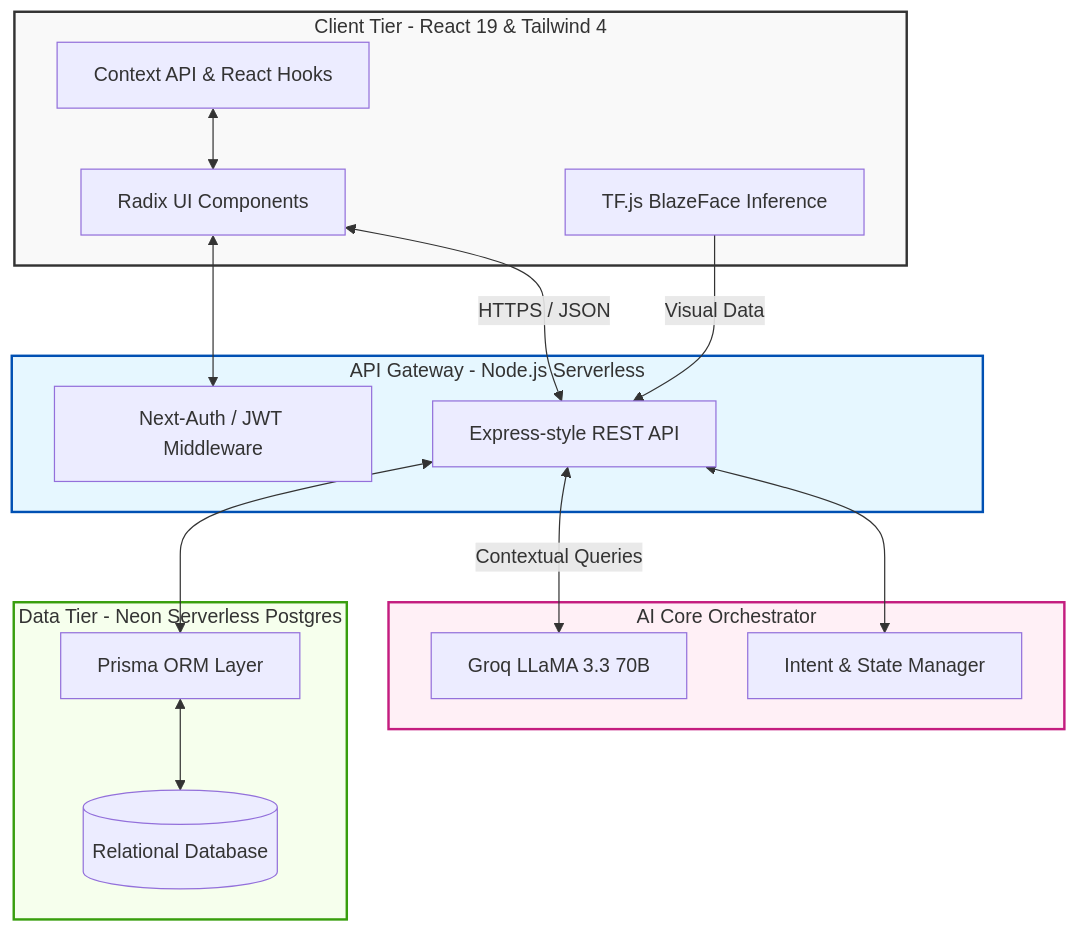
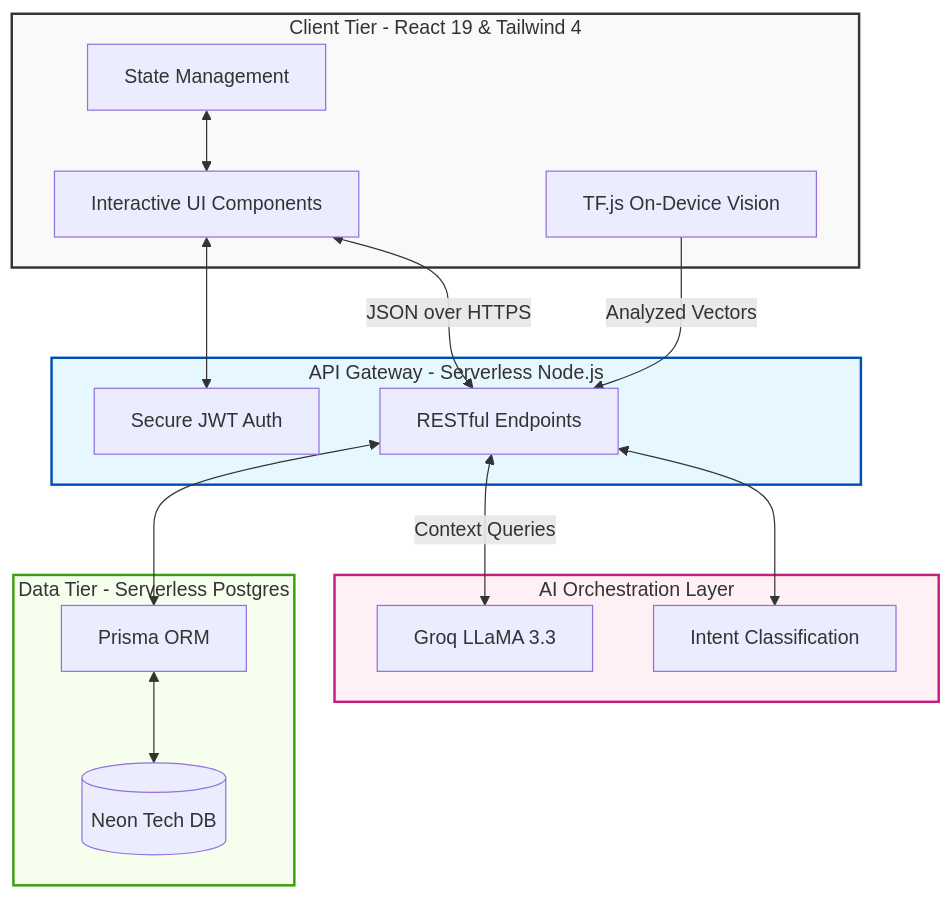
One commit to maryamtahir7/skinglow-finalproject changed the first of 2 diagrams in README.md. Above: the diagram before and after it, drawn with Mermaid. The commit also changed other lines of this file, not shown here.

````diff
--- a/README.md
+++ b/README.md
@@ -129,37 +92,37 @@
 ```mermaid
 graph TD
   subgraph Client [Client Tier - React 19 & Tailwind 4]
-    UI[Radix UI Components]
-    State[Context API & React Hooks]
-    CV[TF.js BlazeFace Inference]
+    UI[Interactive UI Components]
+    State[State Management]
+    CV[TF.js On-Device Vision]
   end
 
-  subgraph Gateway [API Gateway - Node.js Serverless]
-    Auth[Next-Auth / JWT Middleware]
-    REST[Express-style REST API]
+  subgraph Gateway [API Gateway - Serverless Node.js]
+    Auth[Secure JWT Auth]
+    REST[RESTful Endpoints]
   end
 
-  subgraph AI_Engine [AI Core Orchestrator]
-    LLM[Groq LLaMA 3.3 70B]
-    Intent[Intent & State Manager]
+  subgraph AI_Engine [AI Orchestration Layer]
+    LLM[Groq LLaMA 3.3]
+    Intent[Intent Classification]
   end
 
-  subgraph DB [Data Tier - Neon Serverless Postgres]
-    Prisma[Prisma ORM Layer]
-    Postgres[(Relational Database)]
+  subgraph DB [Data Tier - Serverless Postgres]
+    Prisma[Prisma ORM]
+    Postgres[(Neon Tech DB)]
   end
 
-  UI <-->|HTTPS / JSON| REST
+  UI <-->|JSON over HTTPS| REST
   UI <--> Auth
   State <--> UI
-  CV -->|Visual Data| REST
-  REST <-->|Contextual Queries| LLM
+  CV -->|Analyzed Vectors| REST
+  REST <-->|Context Queries| LLM
   REST <--> Intent
   REST <--> Prisma
   Prisma <--> Postgres
   
   style Client fill:#f9f9f9,stroke:#333,stroke-width:2px
   style Gateway fill:#e6f7ff,stroke:#0050b3,stroke-width:2px
   style AI_Engine fill:#fff0f6,stroke:#c41d7f,stroke-width:2px
   style DB fill:#f6ffed,stroke:#389e0d,stroke-width:2px
 ```
````
